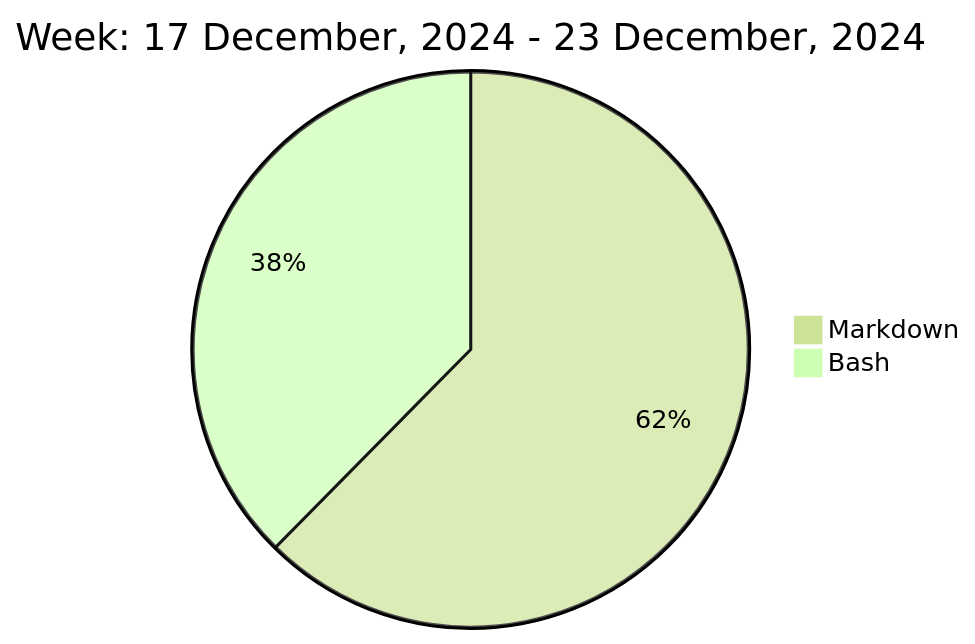
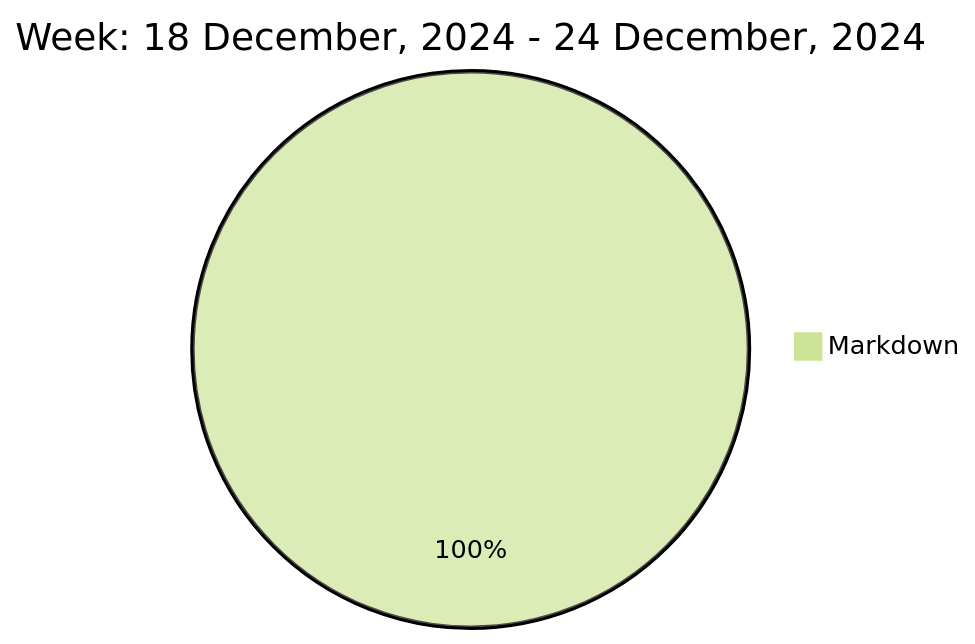
The diagram in README.md (liubin95/liubin95), drawn with Mermaid (forest theme) before and after one commit.

Commit message:
Updated the Graph with new Metrics

````diff
--- a/README.md
+++ b/README.md
@@ -37,6 +37,5 @@
 ```mermaid
  pie
-title Week: 17 December, 2024 - 23 December, 2024
- "Markdown" : 3.65
- "Bash" : 2.2
+title Week: 18 December, 2024 - 24 December, 2024
+ "Markdown" : 3.45
 ```
````
